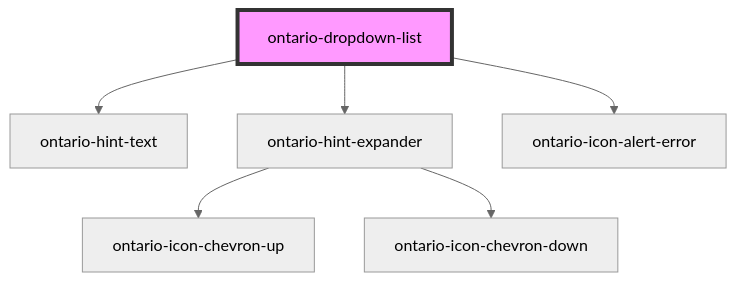
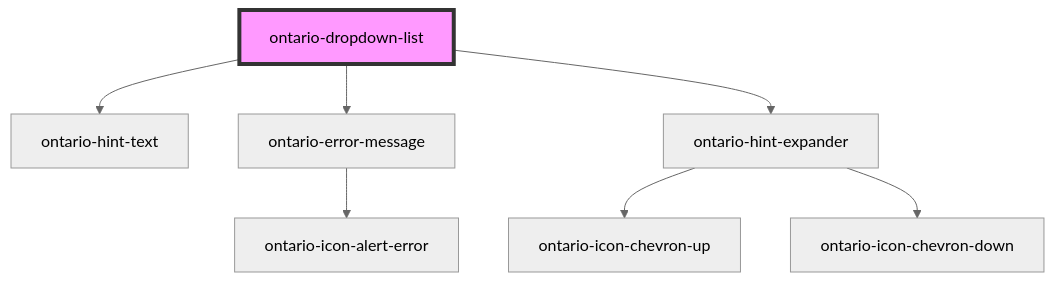
Before and after one commit to ongov/ontario-design-system: the diagram in packages/ontario-design-system-component-library/src/components/ontario-dropdown-list/readme.md, drawn with Mermaid (neutral theme). The commit also changed other lines of this file and 27 other files, not shown here.

Commit message:
feat(ontario-error-alert): add scaffolding for ErrorAlert summary and inline message components

````diff
--- a/packages/ontario-design-system-component-library/src/components/ontario-dropdown-list/readme.md
+++ b/packages/ontario-design-system-component-library/src/components/ontario-dropdown-list/readme.md
@@ -824,9 +842,10 @@
 ```mermaid
 graph TD;
   ontario-dropdown-list --> ontario-hint-text
+  ontario-dropdown-list --> ontario-error-message
   ontario-dropdown-list --> ontario-hint-expander
-  ontario-dropdown-list --> ontario-icon-alert-error
+  ontario-error-message --> ontario-icon-alert-error
   ontario-hint-expander --> ontario-icon-chevron-up
   ontario-hint-expander --> ontario-icon-chevron-down
   style ontario-dropdown-list fill:#f9f,stroke:#333,stroke-width:4px
 ```
````
